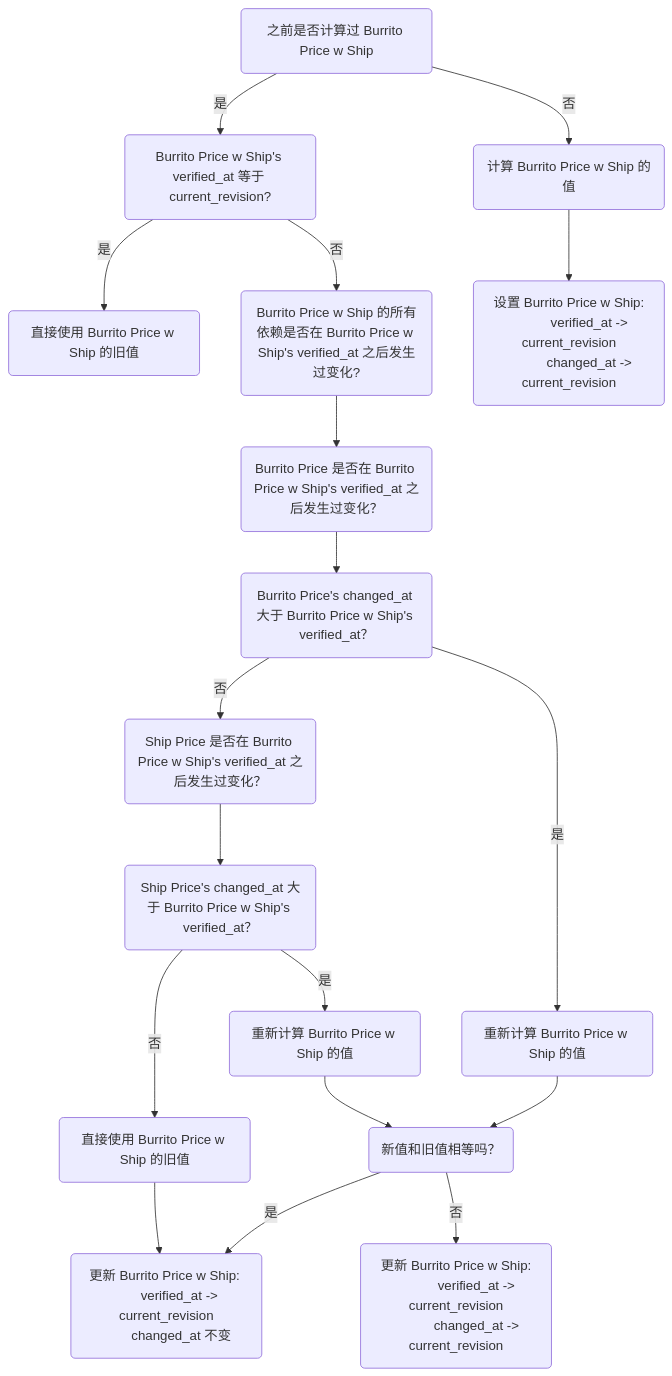
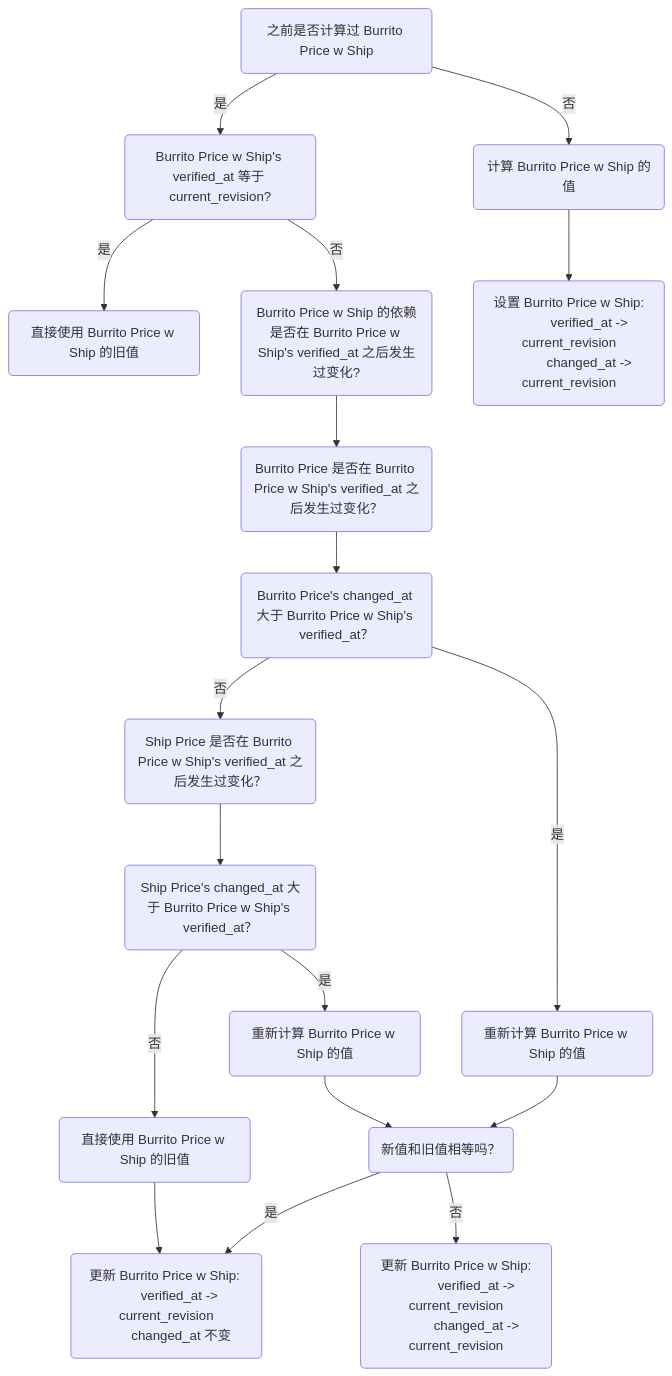
Before and after one commit to xffxff/xffxff.github.io: the fourth of 6 diagrams in posts/how_salsa_works.md, drawn with Mermaid. The commit also changed other lines of this file, not shown here.

````diff
--- a/posts/how_salsa_works.md
+++ b/posts/how_salsa_works.md
@@ -106,35 +106,35 @@
 ```mermaid
 graph TD
     A("之前是否计算过 Burrito Price w Ship")
     A --> |是| B("Burrito Price w Ship's verified_at 等于 current_revision?")
     A --> |否| E("计算 Burrito Price w Ship 的值")
     B --> |是| C("直接使用 Burrito Price w Ship 的旧值")
 
-    B --> |否| D("Burrito Price w Ship 的所有依赖是否在 Burrito Price w Ship's verified_at 之后发生过变化?")
+    B --> |否| D("Burrito Price w Ship 的依赖是否在 Burrito Price w Ship's verified_at 之后发生过变化?")
     F("Burrito Price 是否在 Burrito Price w Ship's verified_at 之后发生过变化？")
     D --> F
     G("Burrito Price's changed_at 大于 Burrito Price w Ship's verified_at？")
     F --> G
     G --> |是| L("重新计算 Burrito Price w Ship 的值")
     G --> |否| H("Ship Price 是否在 Burrito Price w Ship's verified_at 之后发生过变化？")
     H --> I("Ship Price's changed_at 大于 Burrito Price w Ship's verified_at？")
     I --> |是| J("重新计算 Burrito Price w Ship 的值")
     I --> |否| K("直接使用 Burrito Price w Ship 的旧值")
     K --> M("更新 Burrito Price w Ship: 
         verified_at -> current_revision
         changed_at 不变")
     P("新值和旧值相等吗？")
     J --> P
     L --> P
     N("更新 Burrito Price w Ship:
             verified_at -> current_revision
             changed_at -> current_revision")
     
     O("设置 Burrito Price w Ship:
             verified_at -> current_revision
             changed_at -> current_revision")
     E --> O
 
     P --> |是| M
     P --> |否| N
 ```
````
